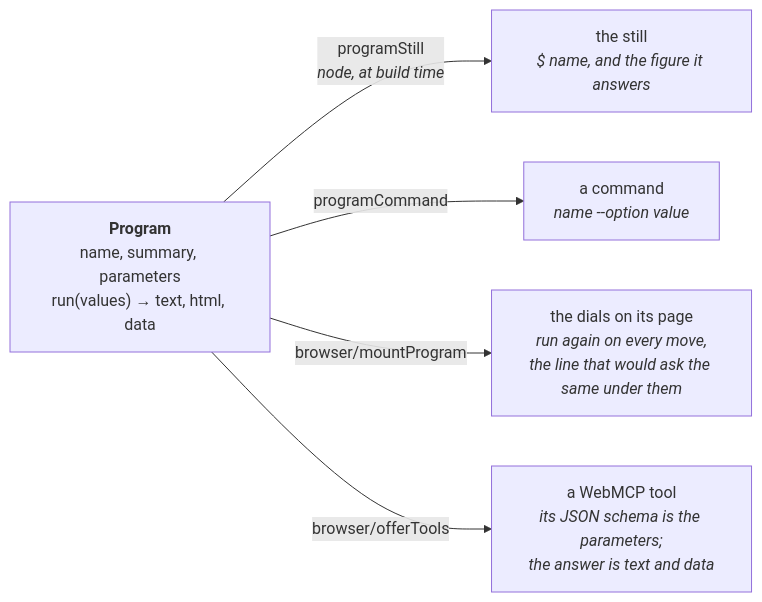
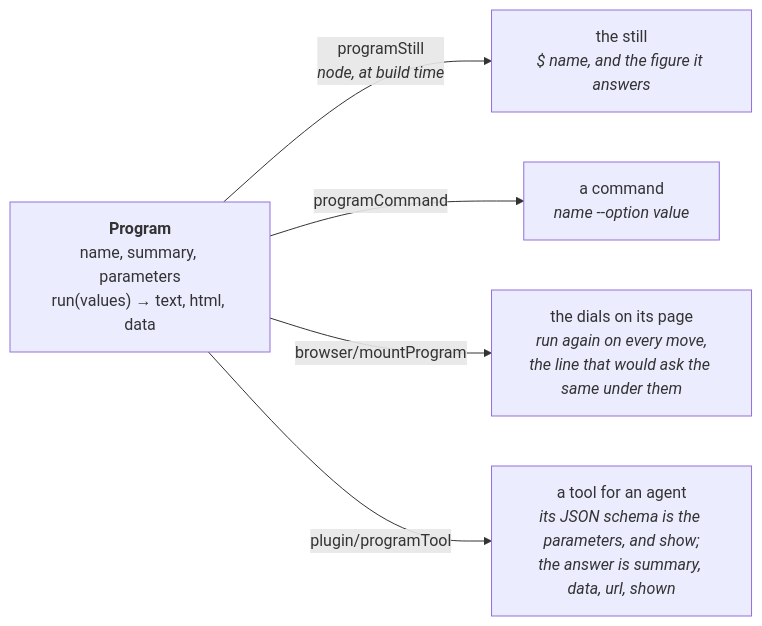
The fourth of 8 diagrams in ARCHITECTURE.md (drpicox/david-rodenas.com), drawn with Mermaid before and after one commit. The commit also changed other lines of this file and 26 other files, not shown here.

````diff
--- a/ARCHITECTURE.md
+++ b/ARCHITECTURE.md
@@ -117,9 +117,9 @@
 ```mermaid
 graph LR
   program["<b>Program</b><br/>name, summary, parameters<br/>run(values) → text, html, data"]
 
   program -- "programStill<br/><i>node, at build time</i>" --> still["the still<br/><i>$ name, and the figure it answers</i>"]
   program -- "programCommand" --> command["a command<br/><i>name --option value</i>"]
   program -- "browser/mountProgram" --> dials["the dials on its page<br/><i>run again on every move,<br/>the line that would ask the same under them</i>"]
-  program -- "browser/offerTools" --> tool["a WebMCP tool<br/><i>its JSON schema is the parameters;<br/>the answer is text and data</i>"]
+  program -- "plugin/programTool" --> tool["a tool for an agent<br/><i>its JSON schema is the parameters, and show;<br/>the answer is summary, data, url, shown</i>"]
 ```
````
